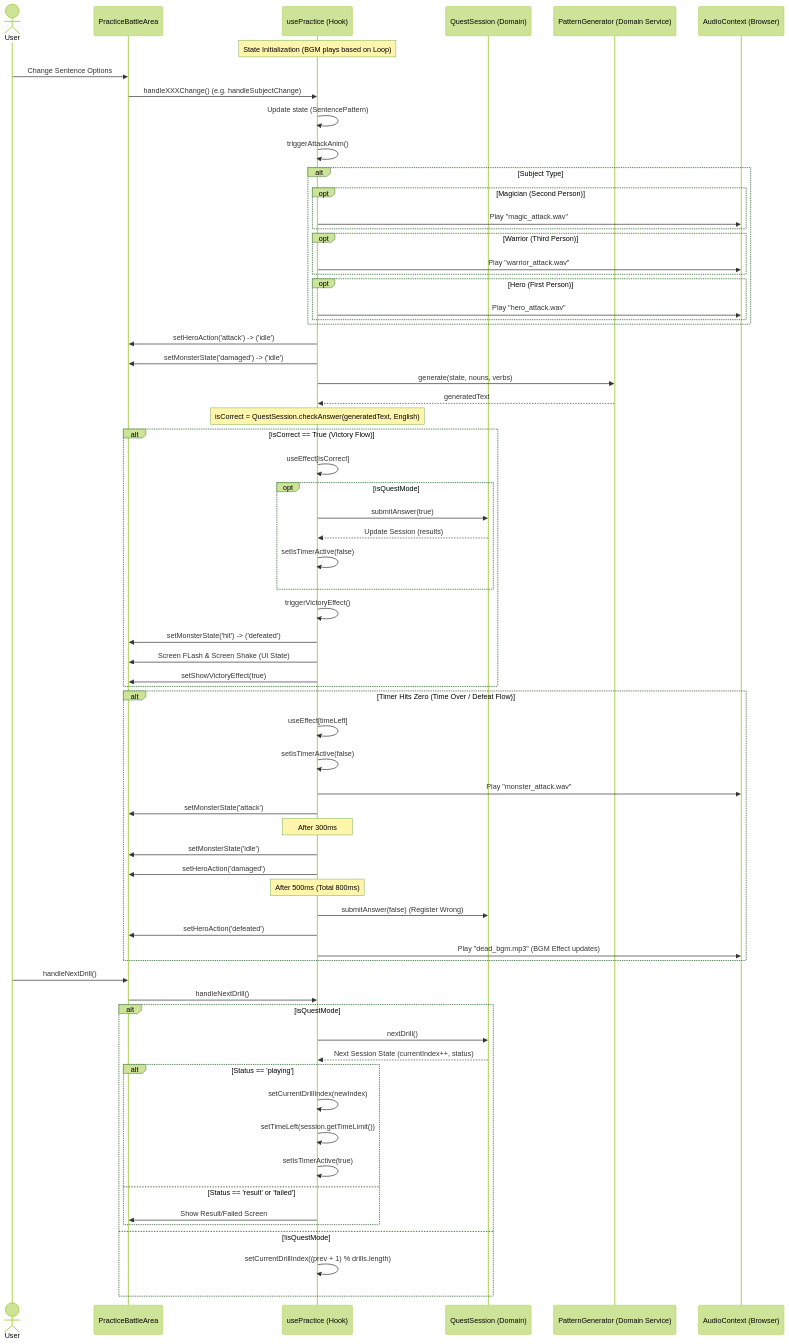
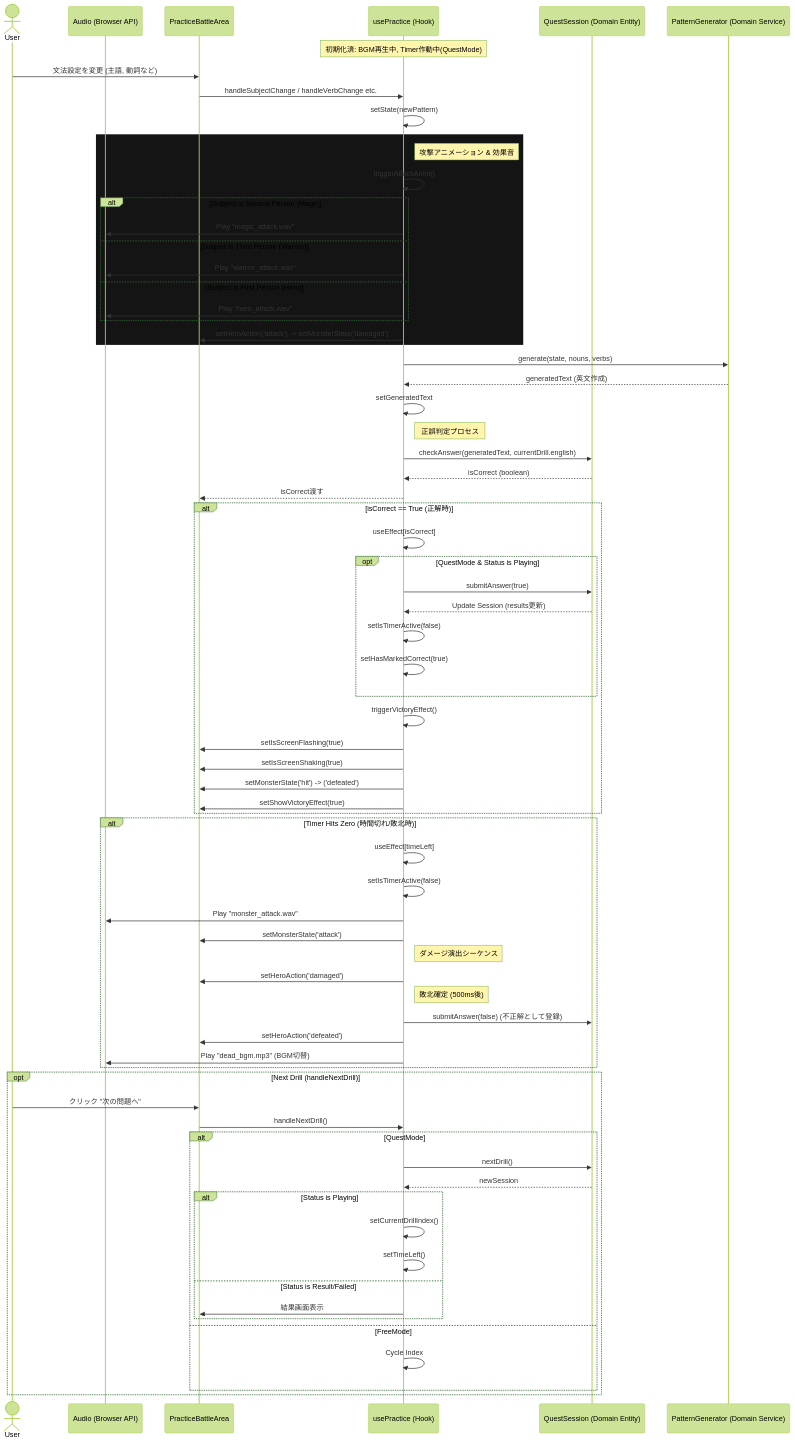
Before and after one commit to kayamak/grid9-english: the diagram in docs/sequence-diagrams/practices/answerVerification.md, drawn with Mermaid (forest theme). The commit also changed other lines of this file and 4 other files, not shown here.

Commit message:
シーケンス図の整理

````diff
--- a/docs/sequence-diagrams/practices/answerVerification.md
+++ b/docs/sequence-diagrams/practices/answerVerification.md
@@ -3,84 +5,88 @@
 ```mermaid
 sequenceDiagram
     actor User
+    participant Audio as Audio (Browser API)
     participant Page as PracticeBattleArea
     participant Hook as usePractice (Hook)
-    participant Session as QuestSession (Domain)
+    participant Session as QuestSession (Domain Entity)
     participant Gen as PatternGenerator (Domain Service)
-    participant Audio as AudioContext (Browser)
 
-    Note over Hook: State Initialization (BGM plays based on Loop)
+    Note over Hook: 初期化済: BGM再生中, Timer作動中(QuestMode)
 
-    User->>Page: Change Sentence Options
-    Page->>Hook: handleXXXChange() (e.g. handleSubjectChange)
-    Hook->>Hook: Update state (SentencePattern)
+    User->>Page: 文法設定を変更 (主語, 動詞など)
+    Page->>Hook: handleSubjectChange / handleVerbChange etc.
+    Hook->>Hook: setState(newPattern)
     
-    Hook->>Hook: triggerAttackAnim()
-    alt Subject Type
-        opt Magician (Second Person)
+    rect rgb(20, 20, 20)
+        Note right of Hook: 攻撃アニメーション & 効果音
+        Hook->>Hook: triggerAttackAnim()
+        alt Subject is Second Person (Mage)
             Hook->>Audio: Play "magic_attack.wav"
-        end
-        opt Warrior (Third Person)
+        else Subject is Third Person (Warrior)
             Hook->>Audio: Play "warrior_attack.wav"
-        end
-        opt Hero (First Person)
+        else Subject is First Person (Hero)
             Hook->>Audio: Play "hero_attack.wav"
         end
+        Hook->>Page: setHeroAction('attack') -> setMonsterState('damaged')
     end
-    Hook->>Page: setHeroAction('attack') -> ('idle')
-    Hook->>Page: setMonsterState('damaged') -> ('idle')
+
+    Hook->>Gen: generate(state, nouns, verbs)
+    Gen-->>Hook: generatedText (英文作成)
+    Hook->>Hook: setGeneratedText
+
+    Note right of Hook: 正誤判定プロセス
+    Hook->>Session: checkAnswer(generatedText, currentDrill.english)
+    Session-->>Hook: isCorrect (boolean)
     
-    Hook->>Gen: generate(state, nouns, verbs)
-    Gen-->>Hook: generatedText
-
-    Note over Hook: isCorrect = QuestSession.checkAnswer(generatedText, English)
-
-    alt isCorrect == True (Victory Flow)
+    Hook-->>Page: isCorrect渡す
+    
+    alt isCorrect == True (正解時)
         Hook->>Hook: useEffect[isCorrect]
         
-        opt isQuestMode
+        opt QuestMode & Status is Playing
             Hook->>Session: submitAnswer(true)
-            Session-->>Hook: Update Session (results)
+            Session-->>Hook: Update Session (results更新)
             Hook->>Hook: setIsTimerActive(false)
+            Hook->>Hook: setHasMarkedCorrect(true)
         end
 
         Hook->>Hook: triggerVictoryEffect()
+        Hook->>Page: setIsScreenFlashing(true)
+        Hook->>Page: setIsScreenShaking(true)
         Hook->>Page: setMonsterState('hit') -> ('defeated')
-        Hook->>Page: Screen FLash & Screen Shake (UI State)
         Hook->>Page: setShowVictoryEffect(true)
     end
 
-    alt Timer Hits Zero (Time Over / Defeat Flow)
+    alt Timer Hits Zero (時間切れ/敗北時)
         Hook->>Hook: useEffect[timeLeft]
         Hook->>Hook: setIsTimerActive(false)
         Hook->>Audio: Play "monster_attack.wav"
         Hook->>Page: setMonsterState('attack')
         
-        Note over Hook: After 300ms
-        Hook->>Page: setMonsterState('idle')
+        Note right of Hook: ダメージ演出シーケンス
         Hook->>Page: setHeroAction('damaged')
         
-        Note over Hook: After 500ms (Total 800ms)
-        Hook->>Session: submitAnswer(false) (Register Wrong)
+        Note right of Hook: 敗北確定 (500ms後)
+        Hook->>Session: submitAnswer(false) (不正解として登録)
         Hook->>Page: setHeroAction('defeated')
-        Hook->>Audio: Play "dead_bgm.mp3" (BGM Effect updates)
+        Hook->>Audio: Play "dead_bgm.mp3" (BGM切替)
     end
 
-    User->>Page: handleNextDrill()
-    Page->>Hook: handleNextDrill()
-    
-    alt isQuestMode
-        Hook->>Session: nextDrill()
-        Session-->>Hook: Next Session State (currentIndex++, status)
+    opt Next Drill (handleNextDrill)
+        User->>Page: クリック "次の問題へ"
+        Page->>Hook: handleNextDrill()
         
-        alt Status == 'playing'
-            Hook->>Hook: setCurrentDrillIndex(newIndex)
-            Hook->>Hook: setTimeLeft(session.getTimeLimit())
-            Hook->>Hook: setIsTimerActive(true)
-        else Status == 'result' or 'failed'
-            Hook->>Page: Show Result/Failed Screen
+        alt QuestMode
+            Hook->>Session: nextDrill()
+            Session-->>Hook: newSession
+            alt Status is Playing
+                Hook->>Hook: setCurrentDrillIndex()
+                Hook->>Hook: setTimeLeft()
+            else Status is Result/Failed
+                Hook->>Page: 結果画面表示
+            end
+        else FreeMode
+            Hook->>Hook: Cycle Index
         end
-    else !isQuestMode
-        Hook->>Hook: setCurrentDrillIndex((prev + 1) % drills.length)
     end
 ```
````
